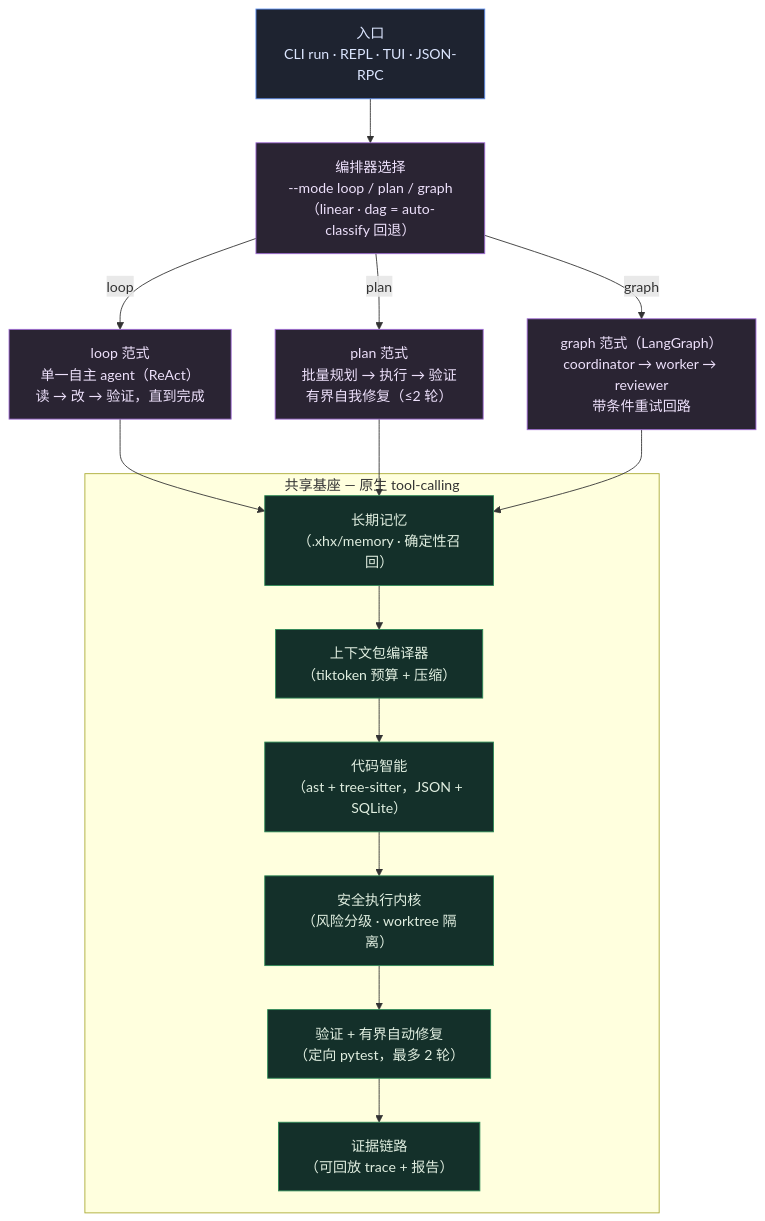
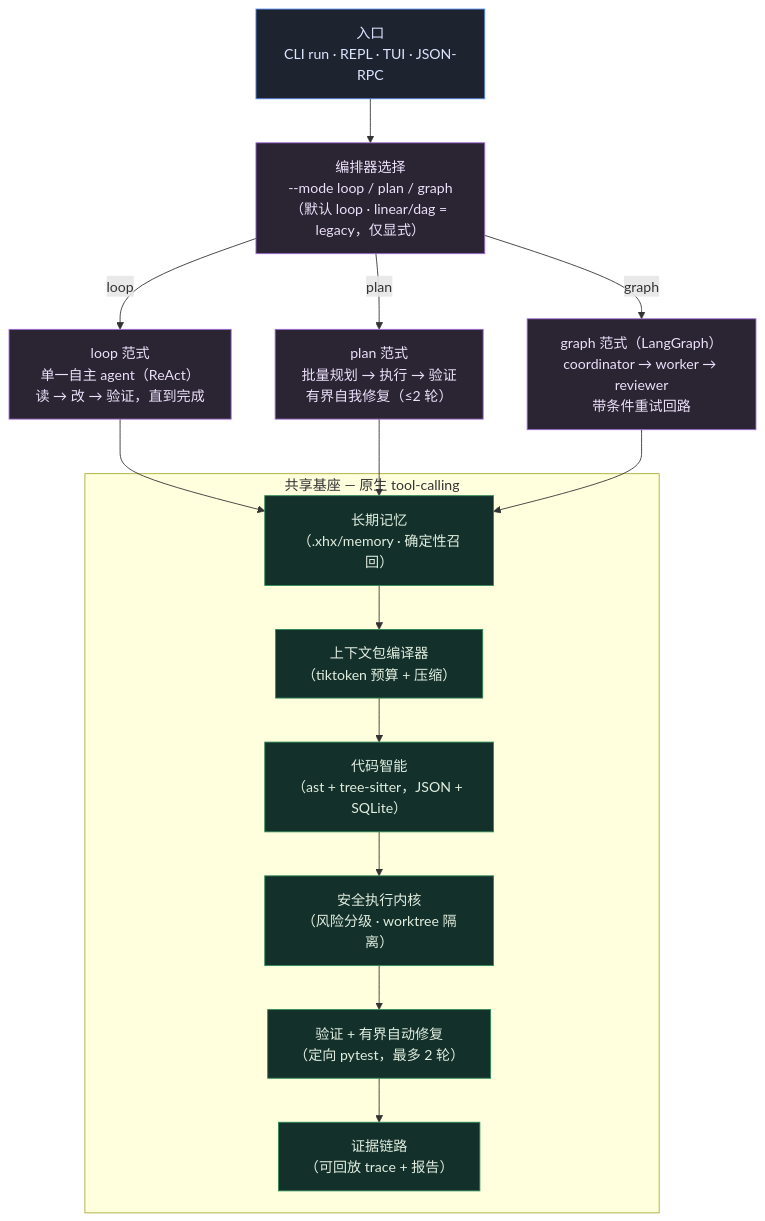
The diagram in README.zh-CN.md (kongshuilinhua/XHX-Agent), drawn with Mermaid before and after one commit. The commit also changed other lines of this file and 1 other file, not shown here.

Commit message:
docs(readme): default mode is now loop (3b-2); linear/dag are explicit-only legacy

````diff
--- a/README.zh-CN.md
+++ b/README.zh-CN.md
@@ -37,30 +37,30 @@
 ```mermaid
 graph TD
     classDef entry fill:#1e2330,stroke:#5b8def,stroke-width:1px,color:#dce6ff;
     classDef orch fill:#2a2433,stroke:#a06bd6,stroke-width:1px,color:#ede0fb;
     classDef base fill:#14302a,stroke:#2e8b57,stroke-width:1px,color:#e0eee0;
 
     E["入口<br/>CLI run · REPL · TUI · JSON-RPC"]:::entry
-    S["编排器选择<br/>--mode loop / plan / graph<br/>（linear · dag = auto-classify 回退）"]:::orch
+    S["编排器选择<br/>--mode loop / plan / graph<br/>（默认 loop · linear/dag = legacy，仅显式）"]:::orch
     L["loop 范式<br/>单一自主 agent（ReAct）<br/>读 → 改 → 验证，直到完成"]:::orch
     P["plan 范式<br/>批量规划 → 执行 → 验证<br/>有界自我修复（≤2 轮）"]:::orch
     G["graph 范式（LangGraph）<br/>coordinator → worker → reviewer<br/>带条件重试回路"]:::orch
 
     subgraph base_box["共享基座 — 原生 tool-calling"]
         M["长期记忆<br/>（.xhx/memory · 确定性召回）"]:::base
         B["上下文包编译器<br/>（tiktoken 预算 + 压缩）"]:::base
         R["代码智能<br/>（ast + tree-sitter，JSON + SQLite）"]:::base
         K["安全执行内核<br/>（风险分级 · worktree 隔离）"]:::base
         V["验证 + 有界自动修复<br/>（定向 pytest，最多 2 轮）"]:::base
         EV["证据链路<br/>（可回放 trace + 报告）"]:::base
         M --> B --> R --> K --> V --> EV
     end
 
     E --> S
     S -->|loop| L
     S -->|plan| P
     S -->|graph| G
     L --> M
     P --> M
     G --> M
 ```
````
